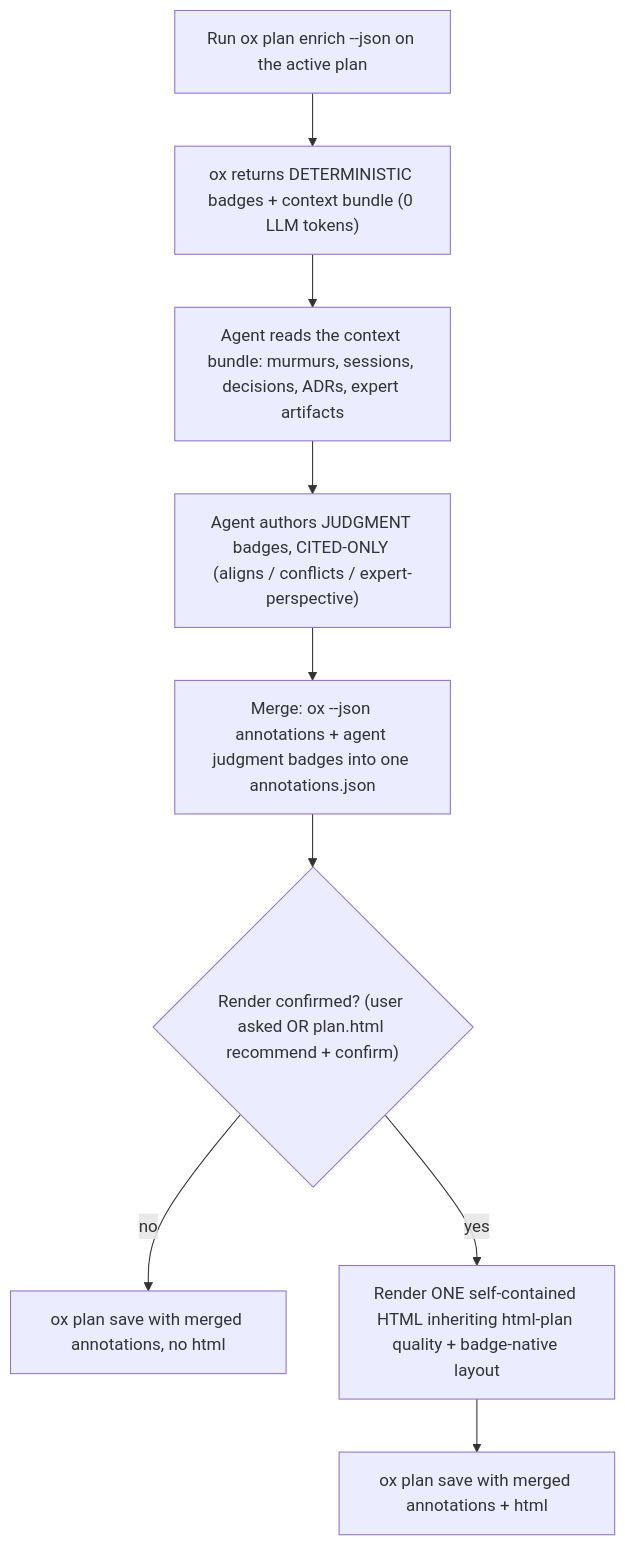
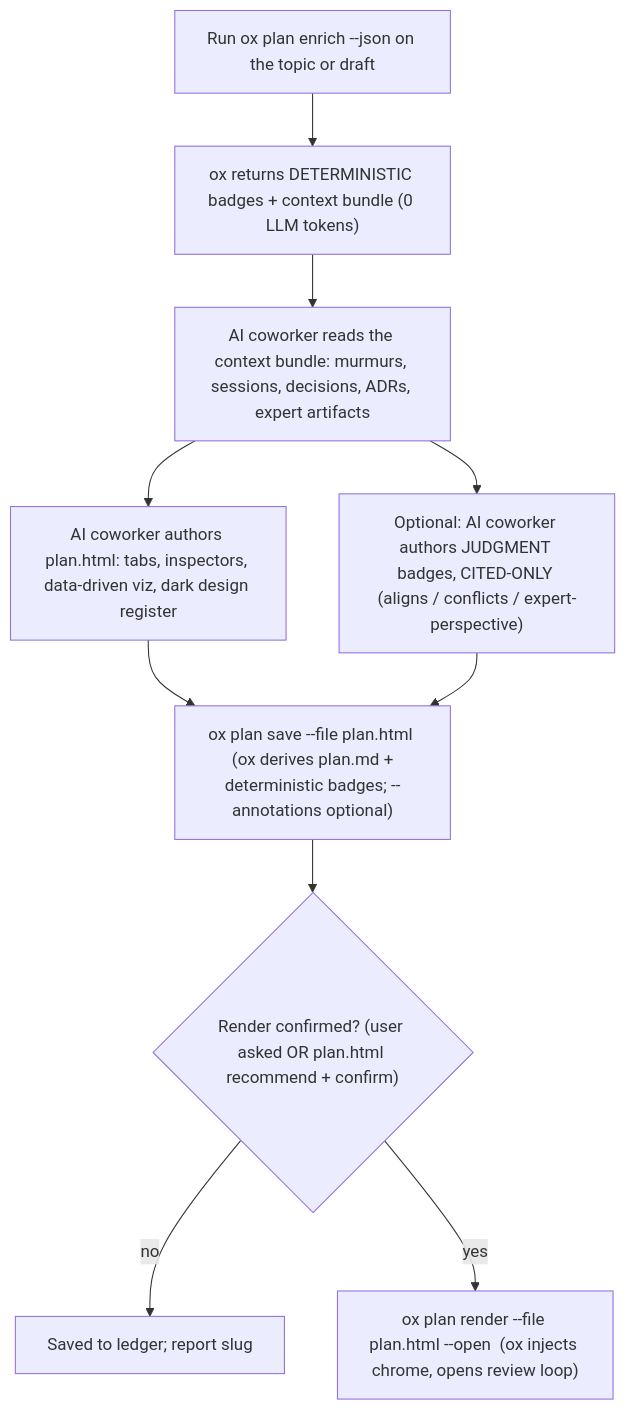
One commit to aditeya08varma/ox changed the diagram in .claude/skills/ox-plan/SKILL.md. Above: the diagram before and after it, drawn with Mermaid. The commit also changed other lines of this file, not shown here.

Commit message:
chore(skills): regenerate the ox-plan install from its embedded source

````diff
--- a/.claude/skills/ox-plan/SKILL.md
+++ b/.claude/skills/ox-plan/SKILL.md
@@ -37,11 +41,12 @@
 ```mermaid
 flowchart TB
-  RUN["Run ox plan enrich --json on the active plan"] --> DET["ox returns DETERMINISTIC badges + context bundle (0 LLM tokens)"]
-  DET --> READ["Agent reads the context bundle: murmurs, sessions, decisions, ADRs, expert artifacts"]
-  READ --> JUDGE["Agent authors JUDGMENT badges, CITED-ONLY (aligns / conflicts / expert-perspective)"]
-  JUDGE --> MERGE["Merge: ox --json annotations + agent judgment badges into one annotations.json"]
-  MERGE --> GATE{"Render confirmed? (user asked OR plan.html recommend + confirm)"}
-  GATE -->|"no"| SAVEMD["ox plan save with merged annotations, no html"]
-  GATE -->|"yes"| HTML["Render ONE self-contained HTML inheriting html-plan quality + badge-native layout"]
-  HTML --> SAVEHTML["ox plan save with merged annotations + html"]
+  RUN["Run ox plan enrich --json on the topic or draft"] --> DET["ox returns DETERMINISTIC badges + context bundle (0 LLM tokens)"]
+  DET --> READ["AI coworker reads the context bundle: murmurs, sessions, decisions, ADRs, expert artifacts"]
+  READ --> PAGE["AI coworker authors plan.html: tabs, inspectors, data-driven viz, dark design register"]
+  READ --> JUDGE["Optional: AI coworker authors JUDGMENT badges, CITED-ONLY (aligns / conflicts / expert-perspective)"]
+  PAGE --> SAVE["ox plan save --file plan.html  (ox derives plan.md + deterministic badges; --annotations optional)"]
+  JUDGE --> SAVE
+  SAVE --> GATE{"Render confirmed? (user asked OR plan.html recommend + confirm)"}
+  GATE -->|"no"| DONE["Saved to ledger; report slug"]
+  GATE -->|"yes"| RENDER["ox plan render --file plan.html --open  (ox injects chrome, opens review loop)"]
 ```
````
